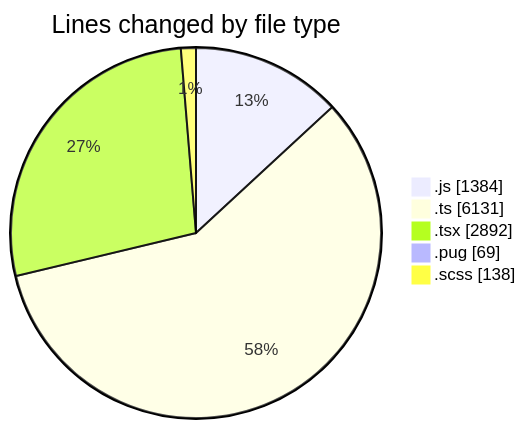
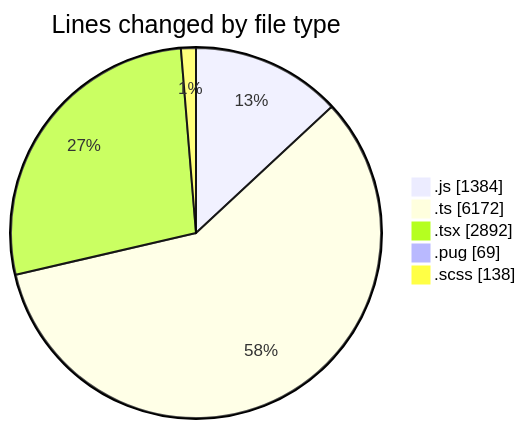
The first of 2 diagrams in 2025-03-25/cda/README.md (momahboobian/code-tracking), drawn with Mermaid before and after one commit. The commit also changed other lines of this file and 1 other file, not shown here.

````diff
--- a/2025-03-25/cda/README.md
+++ b/2025-03-25/cda/README.md
@@ -39,9 +39,9 @@
 ```mermaid
 pie showData
 title Lines changed by file type
 ".js" : 1384
-".ts" : 6131
+".ts" : 6172
 ".tsx" : 2892
 ".pug" : 69
 ".scss" : 138
 ```
````
